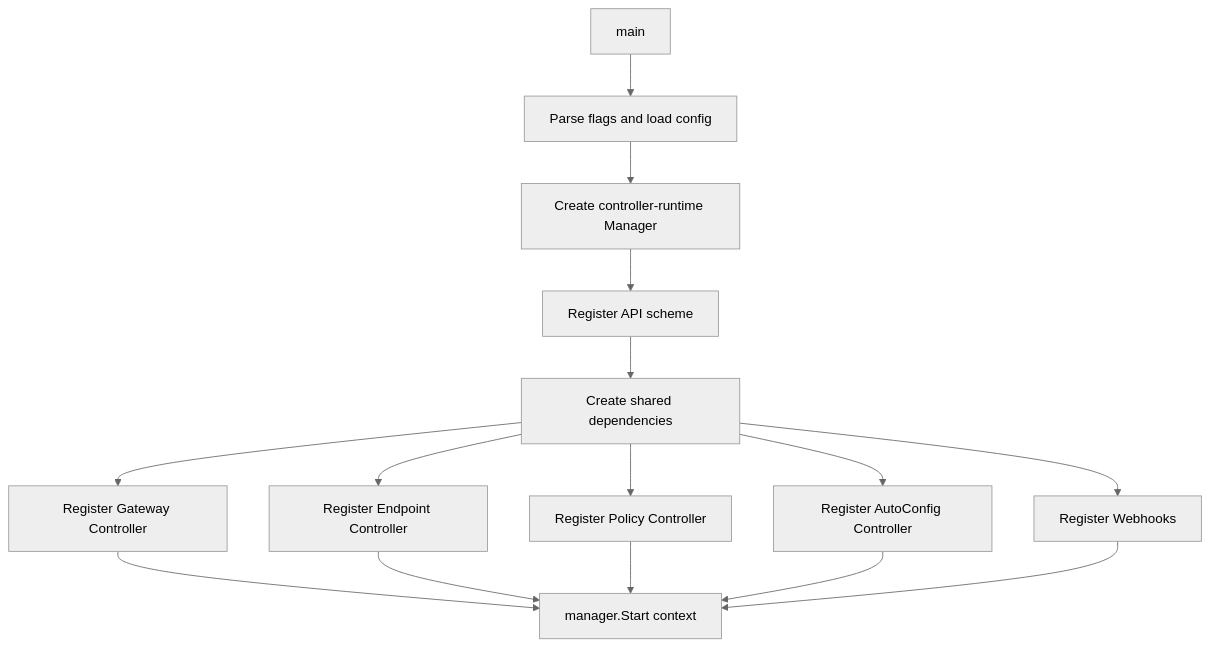
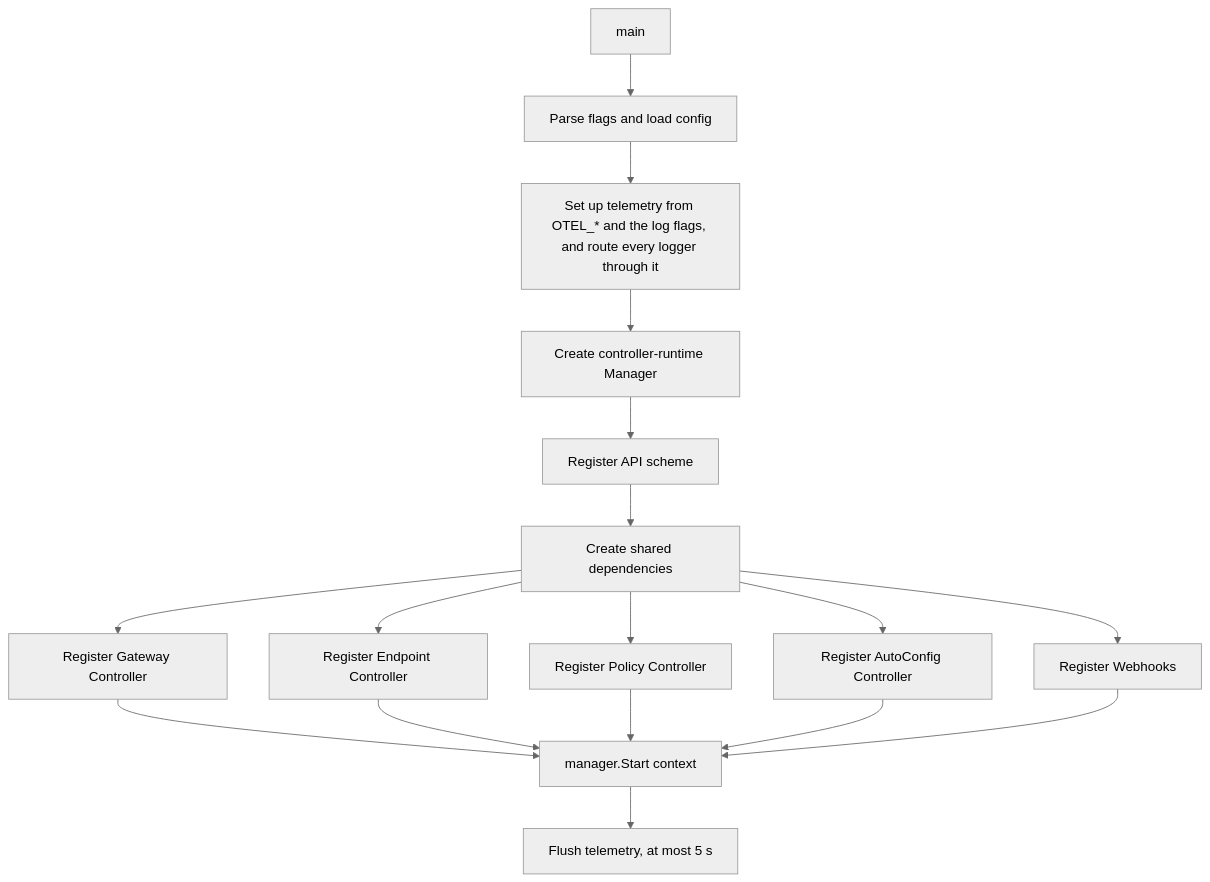
Before and after one commit to MyCarrier-DevOps/KrakenD-Operator: the first of 10 diagrams in architecture/application/application-architecture.md, drawn with Mermaid (neutral theme). The commit also changed other lines of this file, not shown here.

Commit message:
docs(architecture): update the application architecture for telemetry

````diff
--- a/architecture/application/application-architecture.md
+++ b/architecture/application/application-architecture.md
@@ -61,13 +61,15 @@
 ```mermaid
 flowchart TD
     A[main] --> B[Parse flags and load config]
-    B --> C[Create controller-runtime Manager]
+    B --> T[Set up telemetry from OTEL_* and the log flags, and route every logger through it]
+    T --> C[Create controller-runtime Manager]
     C --> D[Register API scheme]
     D --> E[Create shared dependencies]
     E --> F[Register Gateway Controller]
     E --> G[Register Endpoint Controller]
     E --> H[Register Policy Controller]
     E --> I[Register AutoConfig Controller]
     E --> K[Register Webhooks]
     F & G & H & I & K --> L[manager.Start context]
+    L --> M[Flush telemetry, at most 5 s]
 ```
````
